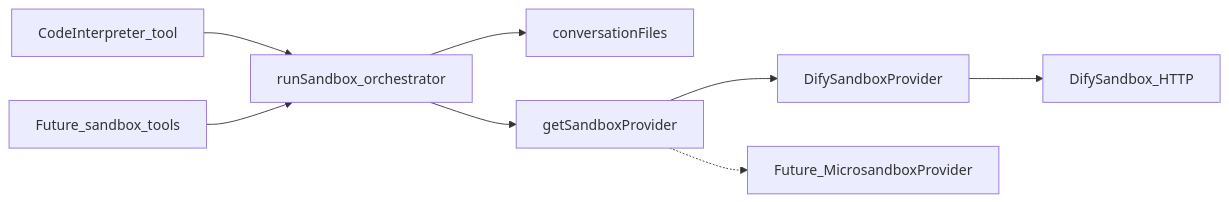
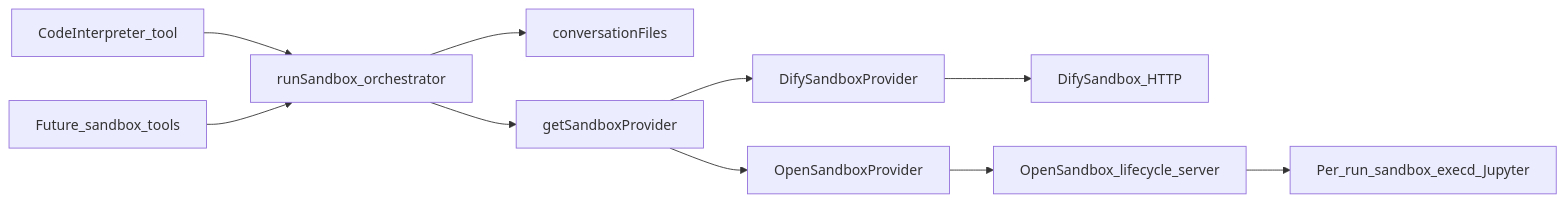
The diagram in openwiki/architecture/sandbox-providers.md (lqdflying/chathub), drawn with Mermaid before and after one commit. The commit also changed other lines of this file and 21 other files, not shown here.

````diff
--- a/openwiki/architecture/sandbox-providers.md
+++ b/openwiki/architecture/sandbox-providers.md
@@ -8,19 +8,23 @@
 ```mermaid
 flowchart LR
   ciTool[CodeInterpreter_tool]
   other[Future_sandbox_tools]
   orch[runSandbox_orchestrator]
   files[conversationFiles]
   registry[getSandboxProvider]
   dify[DifySandboxProvider]
-  future[Future_MicrosandboxProvider]
+  osb[OpenSandboxProvider]
   sidecar[DifySandbox_HTTP]
+  osbServer[OpenSandbox_lifecycle_server]
+  sandbox[Per_run_sandbox_execd_Jupyter]
 
   ciTool --> orch
   other --> orch
   orch --> files
   orch --> registry
   registry --> dify
-  registry -.-> future
+  registry --> osb
   dify --> sidecar
+  osb --> osbServer
+  osbServer --> sandbox
 ```
````
